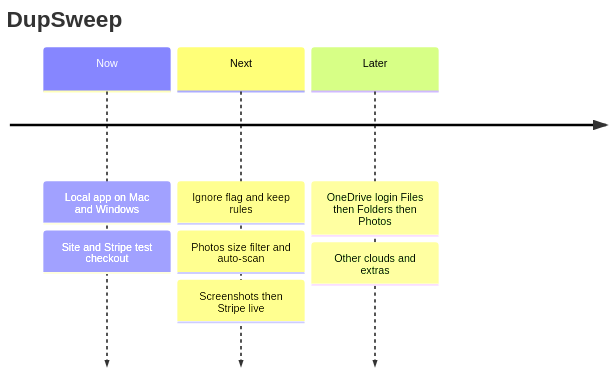
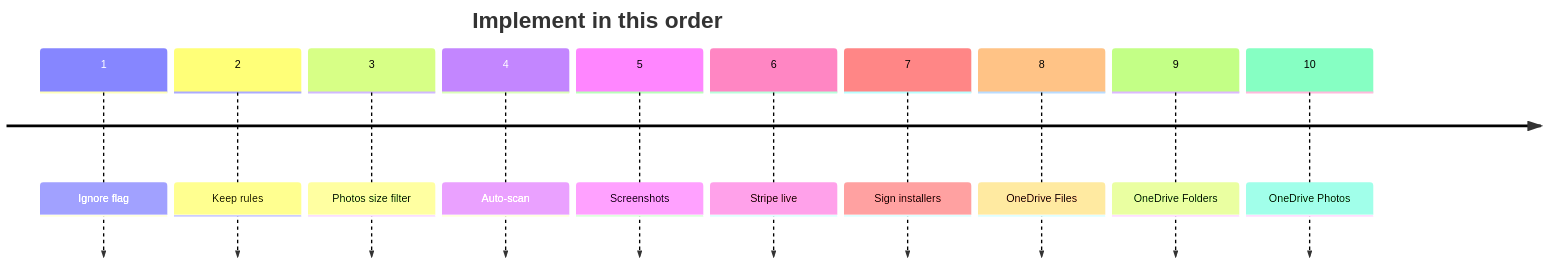
One commit to SingleUseApps/dupsweep changed the diagram in ROADMAP.md. Above: the diagram before and after it, drawn with Mermaid. The commit also changed other lines of this file, not shown here.

First line of the commit message:
Make the roadmap a numbered implement-in-order queue

````diff
--- a/ROADMAP.md
+++ b/ROADMAP.md
@@ -11,11 +7,14 @@
 ```mermaid
 timeline
-    title DupSweep
-    Now : Local app on Mac and Windows
-        : Site and Stripe test checkout
-    Next : Ignore flag and keep rules
-         : Photos size filter and auto-scan
-         : Screenshots then Stripe live
-    Later : OneDrive login Files then Folders then Photos
-          : Other clouds and extras
+    title Implement in this order
+    1 : Ignore flag
+    2 : Keep rules
+    3 : Photos size filter
+    4 : Auto-scan
+    5 : Screenshots
+    6 : Stripe live
+    7 : Sign installers
+    8 : OneDrive Files
+    9 : OneDrive Folders
+    10 : OneDrive Photos
 ```
````
